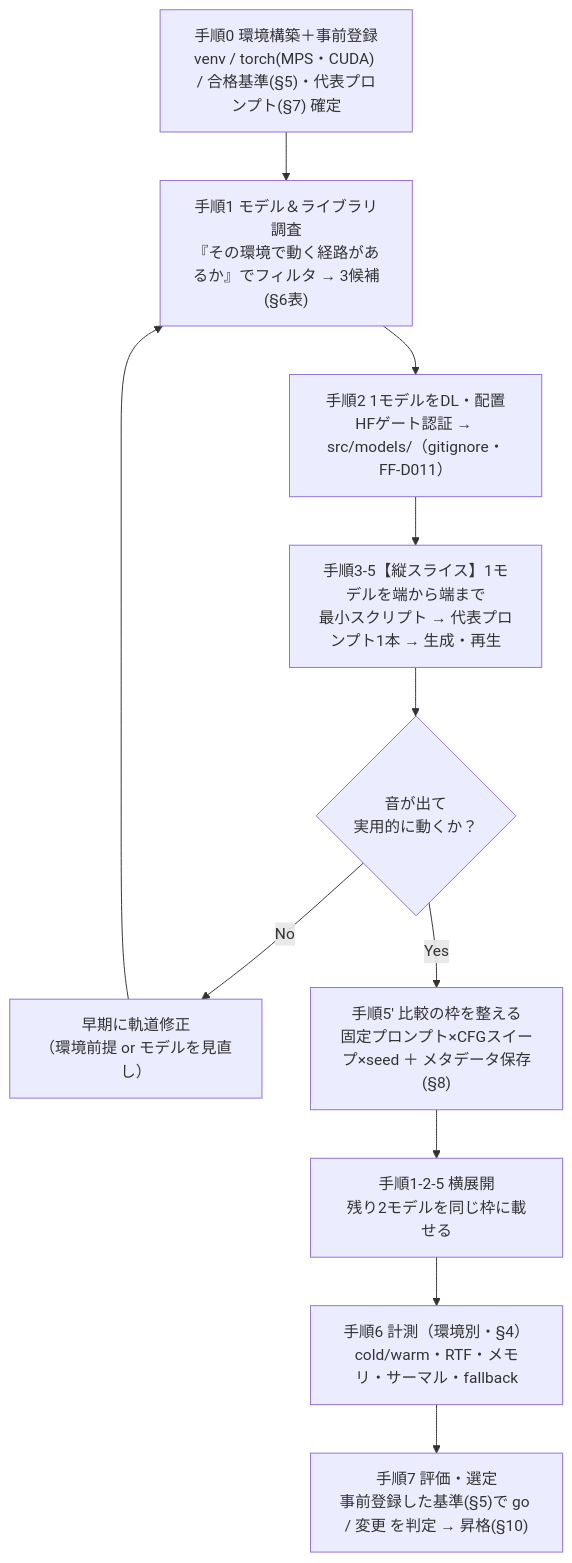
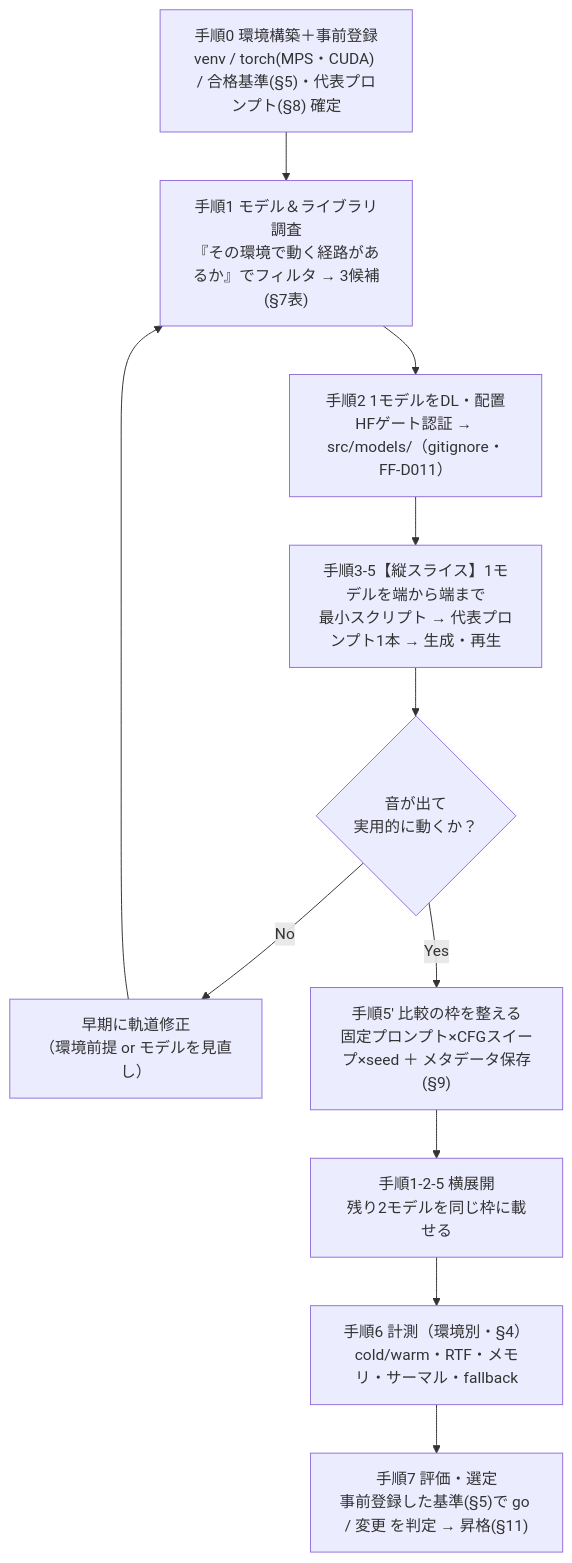
The sixth of 7 diagrams in docs/phases/phase0/README.md (mgmaru/foley-forge-prototype), drawn with Mermaid before and after one commit. The commit also changed other lines of this file, not shown here.

````diff
--- a/docs/phases/phase0/README.md
+++ b/docs/phases/phase0/README.md
@@ -334,16 +334,16 @@
 ```mermaid
 flowchart TD
-    P0["手順0 環境構築＋事前登録<br/>venv / torch(MPS・CUDA) / 合格基準(§5)・代表プロンプト(§7) 確定"]
-    P1["手順1 モデル＆ライブラリ調査<br/>『その環境で動く経路があるか』でフィルタ → 3候補(§6表)"]
+    P0["手順0 環境構築＋事前登録<br/>venv / torch(MPS・CUDA) / 合格基準(§5)・代表プロンプト(§8) 確定"]
+    P1["手順1 モデル＆ライブラリ調査<br/>『その環境で動く経路があるか』でフィルタ → 3候補(§7表)"]
     P2["手順2 1モデルをDL・配置<br/>HFゲート認証 → src/models/（gitignore・FF-D011）"]
     V["手順3-5【縦スライス】1モデルを端から端まで<br/>最小スクリプト → 代表プロンプト1本 → 生成・再生"]
     G{"音が出て<br/>実用的に動くか？"}
     NG["早期に軌道修正<br/>（環境前提 or モデルを見直し）"]
-    SWEEP["手順5' 比較の枠を整える<br/>固定プロンプト×CFGスイープ×seed ＋ メタデータ保存(§8)"]
+    SWEEP["手順5' 比較の枠を整える<br/>固定プロンプト×CFGスイープ×seed ＋ メタデータ保存(§9)"]
     H["手順1-2-5 横展開<br/>残り2モデルを同じ枠に載せる"]
     M["手順6 計測（環境別・§4）<br/>cold/warm・RTF・メモリ・サーマル・fallback"]
-    E["手順7 評価・選定<br/>事前登録した基準(§5)で go / 変更 を判定 → 昇格(§10)"]
+    E["手順7 評価・選定<br/>事前登録した基準(§5)で go / 変更 を判定 → 昇格(§11)"]
     P0 --> P1 --> P2 --> V --> G
     G -- No --> NG --> P1
     G -- Yes --> SWEEP --> H --> M --> E
 ```
````
